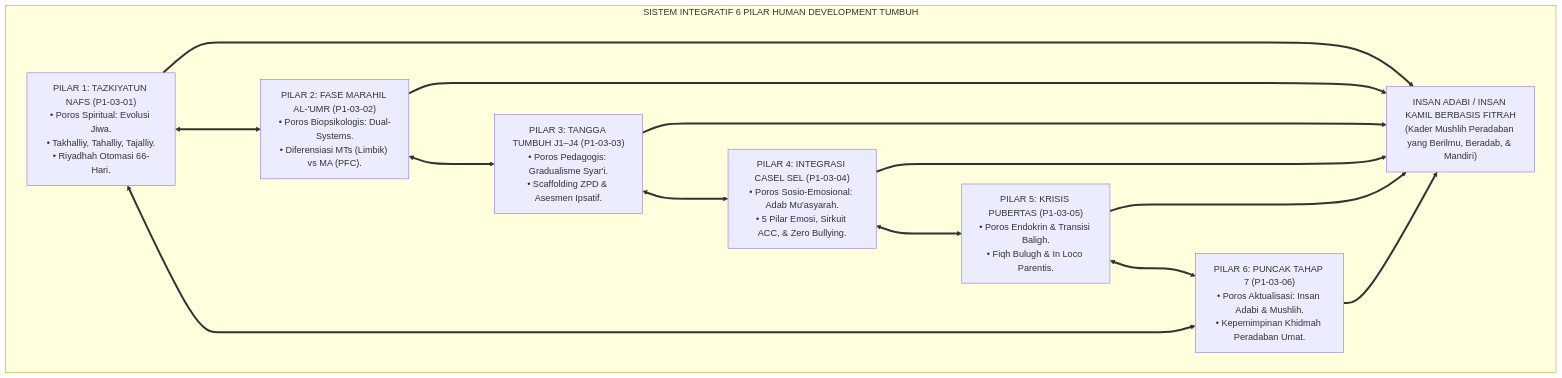
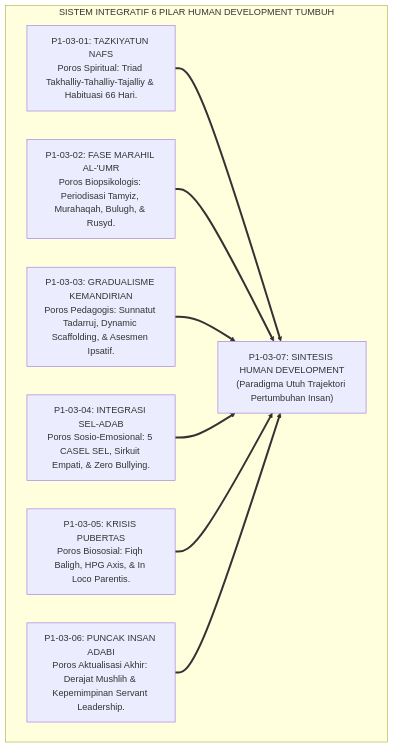
Before and after one commit to wandiapriliyandi/tumbuh: the first of 4 diagrams in 01 Philosophy/03 Human Development/P1-03-07-Sintesis-Human-Development.md, drawn with Mermaid. The commit also changed other lines of this file and 7 other files, not shown here.

Commit message:
docs(human-development): reconstruct all 03 Human Development monographs to pure academic standard

````diff
--- a/01 Philosophy/03 Human Development/P1-03-07-Sintesis-Human-Development.md
+++ b/01 Philosophy/03 Human Development/P1-03-07-Sintesis-Human-Development.md
@@ -55,27 +55,15 @@
 ```mermaid
 flowchart TD
     subgraph ArsitekturSintesisHD["SISTEM INTEGRATIF 6 PILAR HUMAN DEVELOPMENT TUMBUH"]
-        P1["PILAR 1: TAZKIYATUN NAFS (P1-03-01)<br/>• Poros Spiritual: Evolusi Jiwa.<br/>• Takhalliy, Tahalliy, Tajalliy.<br/>• Riyadhah Otomasi 66-Hari."]
+        P1["P1-03-01: TAZKIYATUN NAFS<br/>Poros Spiritual: Triad Takhalliy-Tahalliy-Tajalliy & Habituasi 66 Hari."]
+        P2["P1-03-02: FASE MARAHIL AL-'UMR<br/>Poros Biopsikologis: Periodisasi Tamyiz, Murahaqah, Bulugh, & Rusyd."]
+        P3["P1-03-03: GRADUALISME KEMANDIRIAN<br/>Poros Pedagogis: Sunnatut Tadarruj, Dynamic Scaffolding, & Asesmen Ipsatif."]
+        P4["P1-03-04: INTEGRASI SEL-ADAB<br/>Poros Sosio-Emosional: 5 CASEL SEL, Sirkuit Empati, & Zero Bullying."]
+        P5["P1-03-05: KRISIS PUBERTAS<br/>Poros Biososial: Fiqh Baligh, HPG Axis, & In Loco Parentis."]
+        P6["P1-03-06: PUNCAK INSAN ADABI<br/>Poros Aktualisasi Akhir: Derajat Mushlih & Kepemimpinan Servant Leadership."]
         
-        P2["PILAR 2: FASE MARAHIL AL-'UMR (P1-03-02)<br/>• Poros Biopsikologis: Dual-Systems.<br/>• Diferensiasi MTs (Limbik) vs MA (PFC)."]
+        SintesisIndukHD["P1-03-07: SINTESIS HUMAN DEVELOPMENT<br/>(Paradigma Utuh Trajektori Pertumbuhan Insan)"]
         
-        P3["PILAR 3: TANGGA TUMBUH J1–J4 (P1-03-03)<br/>• Poros Pedagogis: Gradualisme Syar'i.<br/>• Scaffolding ZPD & Asesmen Ipsatif."]
-        
-        P4["PILAR 4: INTEGRASI CASEL SEL (P1-03-04)<br/>• Poros Sosio-Emosional: Adab Mu'asyarah.<br/>• 5 Pilar Emosi, Sirkuit ACC, & Zero Bullying."]
-        
-        P5["PILAR 5: KRISIS PUBERTAS (P1-03-05)<br/>• Poros Endokrin & Transisi Baligh.<br/>• Fiqh Bulugh & In Loco Parentis."]
-        
-        P6["PILAR 6: PUNCAK TAHAP 7 (P1-03-06)<br/>• Poros Aktualisasi: Insan Adabi & Mushlih.<br/>• Kepemimpinan Khidmah Peradaban Umat."]
-        
-        P1 <===> P2
-        P2 <===> P3
-        P3 <===> P4
-        P4 <===> P5
-        P5 <===> P6
-        P6 <===> P1
-        
-        Sintesis["INSAN ADABI / INSAN KAMIL BERBASIS FITRAH<br/>(Kader Mushlih Peradaban yang Berilmu, Beradab, & Mandiri)"]
-        
-        P1 & P2 & P3 & P4 & P5 & P6 ==> Sintesis
+        P1 & P2 & P3 & P4 & P5 & P6 ==> SintesisIndukHD
     end
 ```
````
